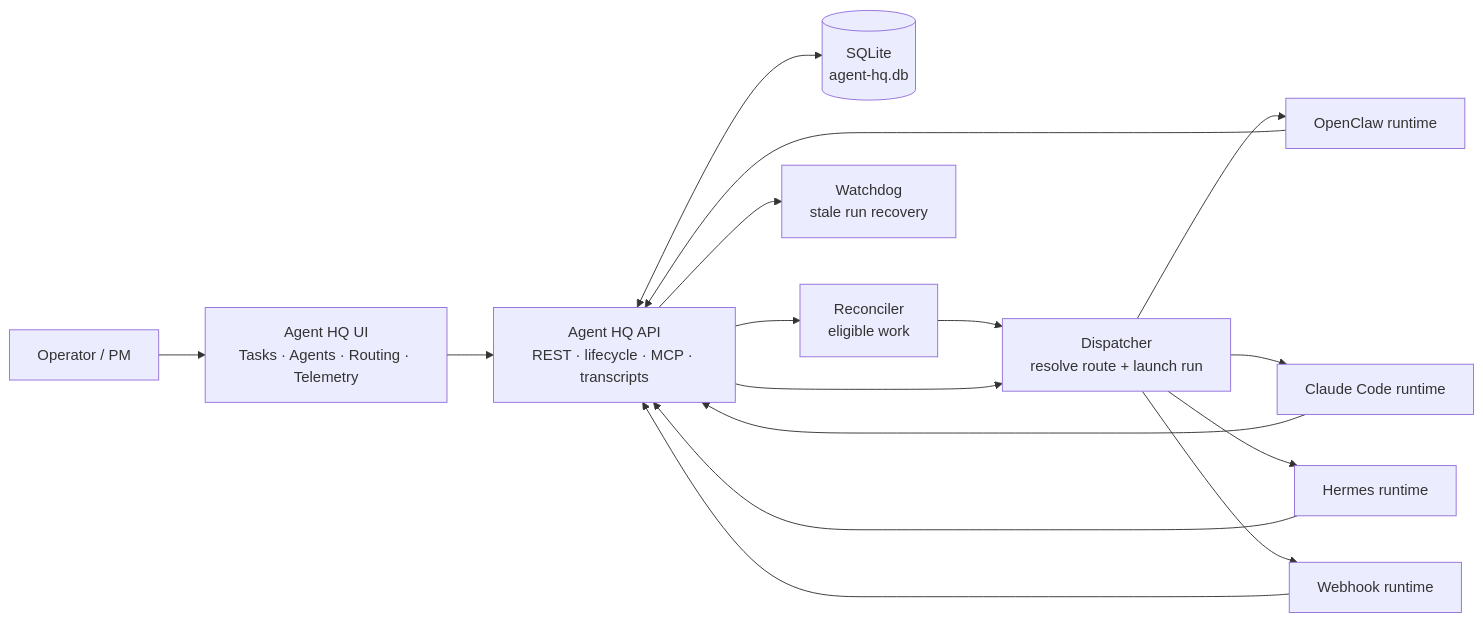
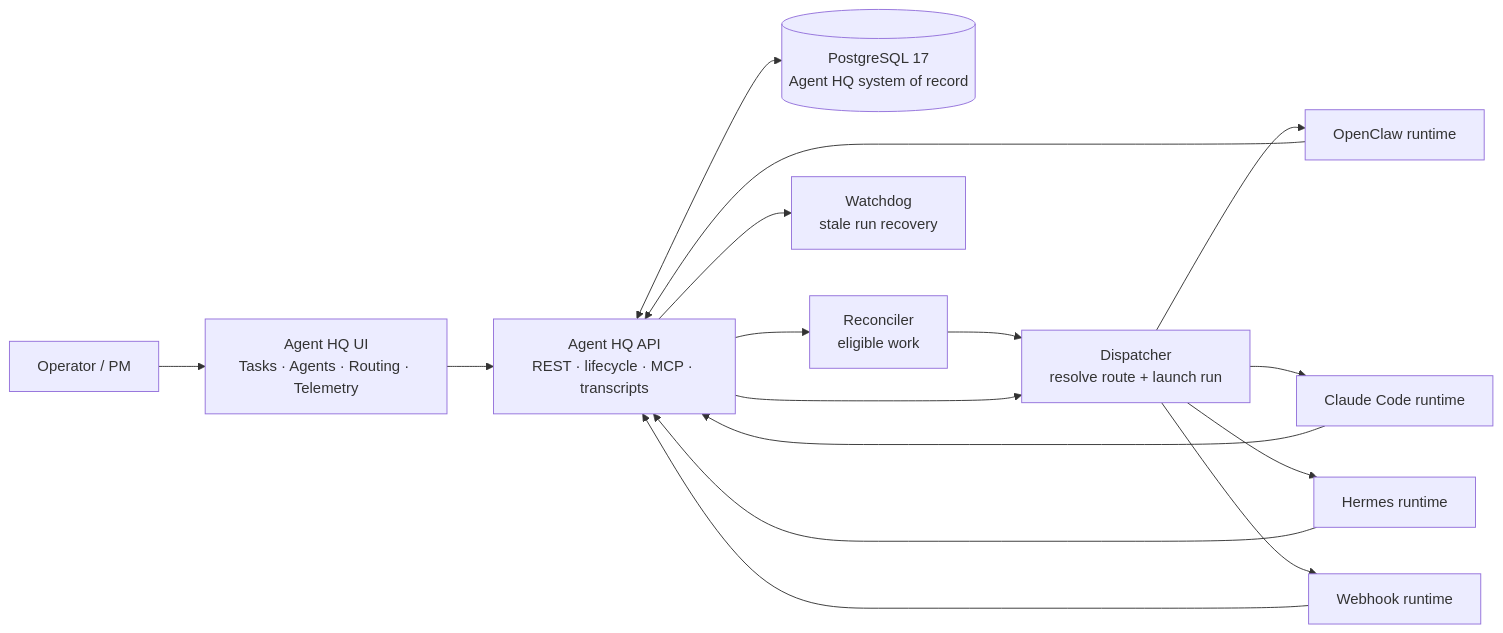
Before and after one commit to nordinit/agent-hq: the diagram in README.md, drawn with Mermaid. The commit also changed other lines of this file and 301 other files, not shown here.

Commit message:
Complete PostgreSQL-only migration

````diff
--- a/README.md
+++ b/README.md
@@ -368,30 +369,30 @@
 ```mermaid
 flowchart LR
     Human["Operator / PM"]
     UI["Agent HQ UI<br/>Tasks · Agents · Routing · Telemetry"]
     API["Agent HQ API<br/>REST · lifecycle · MCP · transcripts"]
-    DB[("SQLite<br/>agent-hq.db")]
+    DB[("PostgreSQL 17<br/>Agent HQ system of record")]
     Reconciler["Reconciler<br/>eligible work"]
     Dispatcher["Dispatcher<br/>resolve route + launch run"]
     Watchdog["Watchdog<br/>stale run recovery"]
     OpenClaw["OpenClaw runtime"]
     Claude["Claude Code runtime"]
     Hermes["Hermes runtime"]
     Webhook["Webhook runtime"]
 
     Human --> UI
     UI --> API
     API <--> DB
     API --> Reconciler
     Reconciler --> Dispatcher
     API --> Dispatcher
     API --> Watchdog
     Dispatcher --> OpenClaw
     Dispatcher --> Claude
     Dispatcher --> Hermes
     Dispatcher --> Webhook
     OpenClaw --> API
     Claude --> API
     Hermes --> API
     Webhook --> API
 ```
````
